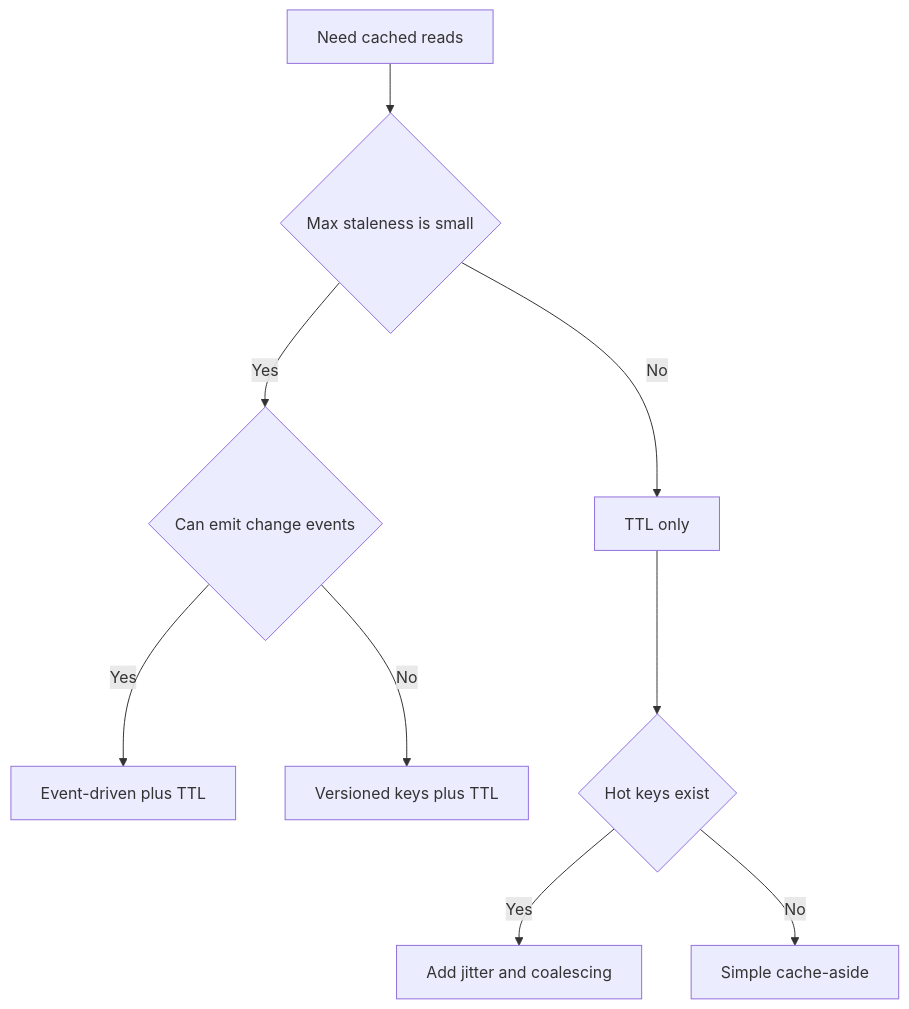
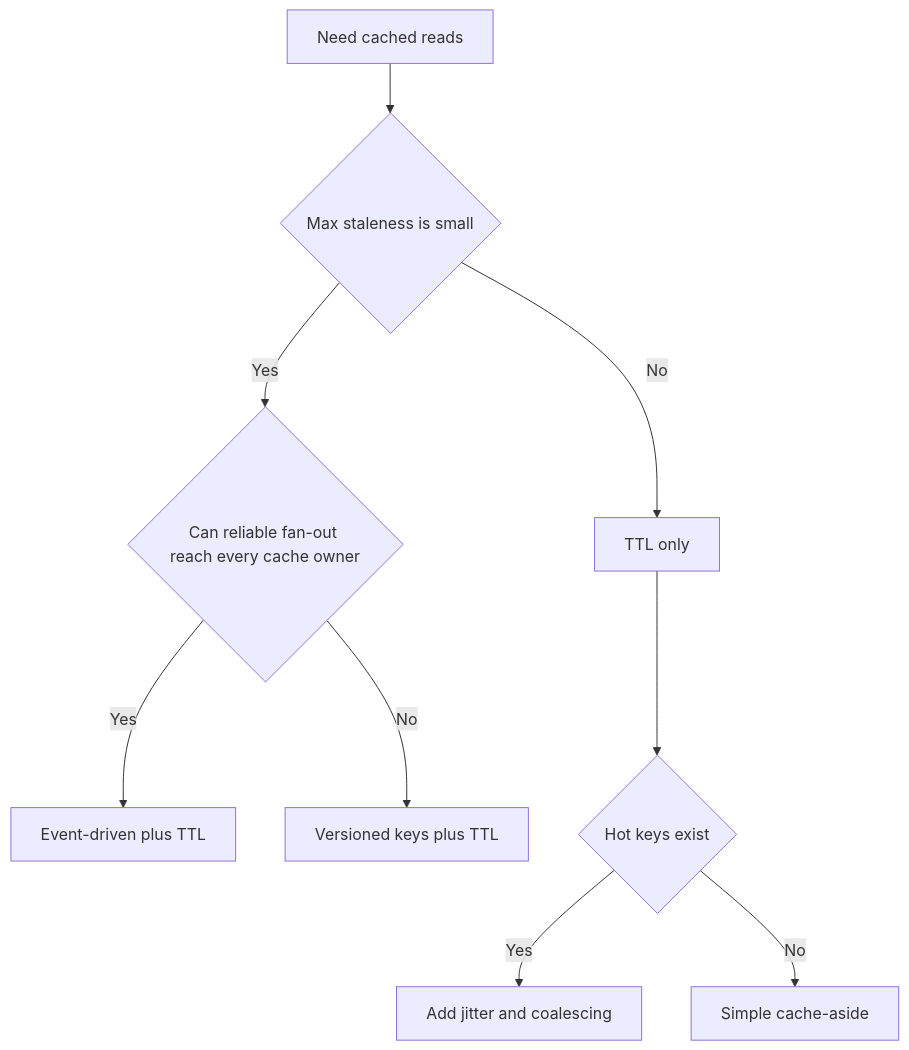
One commit to grafanaKibana/devbook.zip changed the second of 2 diagrams in Vault/Home/Data Persistence/Caching.md. Above: the diagram before and after it, drawn with Mermaid. The commit also changed other lines of this file and 20 other files, not shown here.

````diff
--- a/Vault/Home/Data Persistence/Caching.md
+++ b/Vault/Home/Data Persistence/Caching.md
@@ -131,11 +131,11 @@
 ```mermaid
 flowchart TD
   A[Need cached reads] --> B{Max staleness is small}
-  B -->|Yes| C{Can emit change events}
+  B -->|Yes| C{Can reliable fan-out reach every cache owner}
   B -->|No| D[TTL only]
   C -->|Yes| E[Event-driven plus TTL]
   C -->|No| F[Versioned keys plus TTL]
   D --> G{Hot keys exist}
   G -->|Yes| H[Add jitter and coalescing]
   G -->|No| I[Simple cache-aside]
 ```
````
